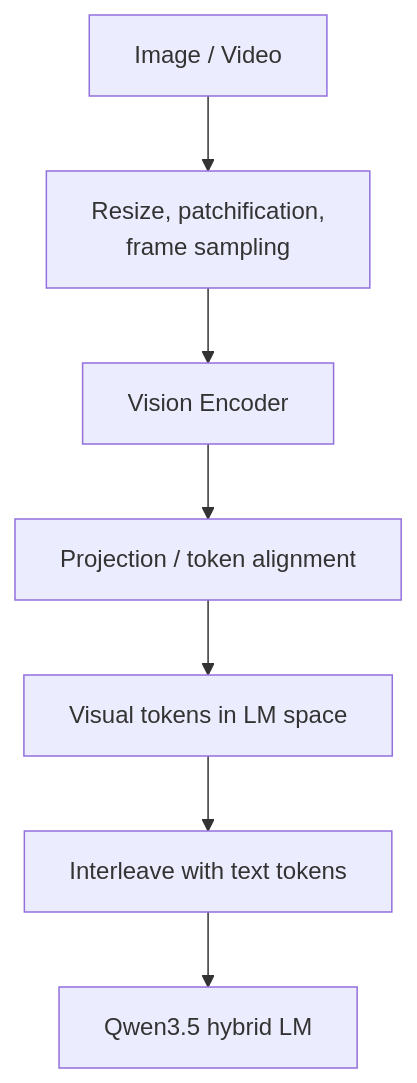
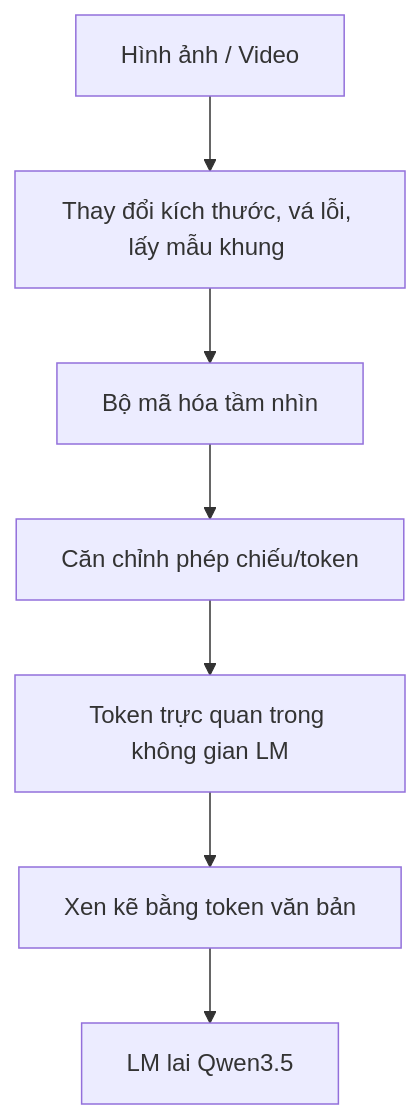
One commit to cycler04/VinRobotics-VLA changed the third of 3 diagrams in docs/research_finding/01-gwen/qwen_models/Qwen3.5/architecture.md. Above: the diagram before and after it, drawn with Mermaid. The commit also changed other lines of this file and 24 other files, not shown here.

````diff
--- a/docs/research_finding/01-gwen/qwen_models/Qwen3.5/architecture.md
+++ b/docs/research_finding/01-gwen/qwen_models/Qwen3.5/architecture.md
@@ -199,9 +199,9 @@
 ```mermaid
 flowchart TB
-  I[Image / Video] --> P[Resize, patchification,<br/>frame sampling]
-  P --> V[Vision Encoder]
-  V --> A[Projection / token alignment]
-  A --> T[Visual tokens in LM space]
-  T --> U[Interleave with text tokens]
-  U --> L[Qwen3.5 hybrid LM]
+  I[Hình ảnh / Video] --> P[Thay đổi kích thước, vá lỗi, lấy mẫu khung <br/>]
+  P --> V[Bộ mã hóa tầm nhìn]
+  V --> A[Căn chỉnh phép chiếu/token]
+  A --> T[Token trực quan trong không gian LM]
+  T --> U[Xen kẽ bằng token văn bản]
+  U --> L[LM lai Qwen3.5]
 ```
````
